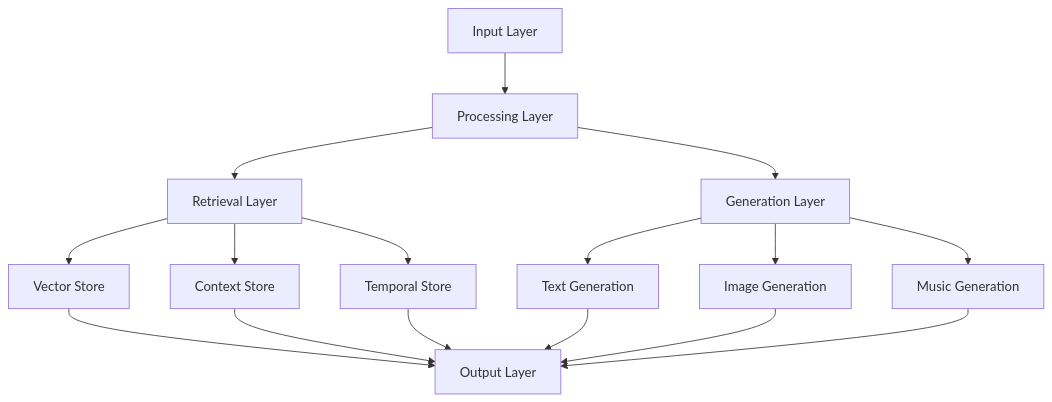
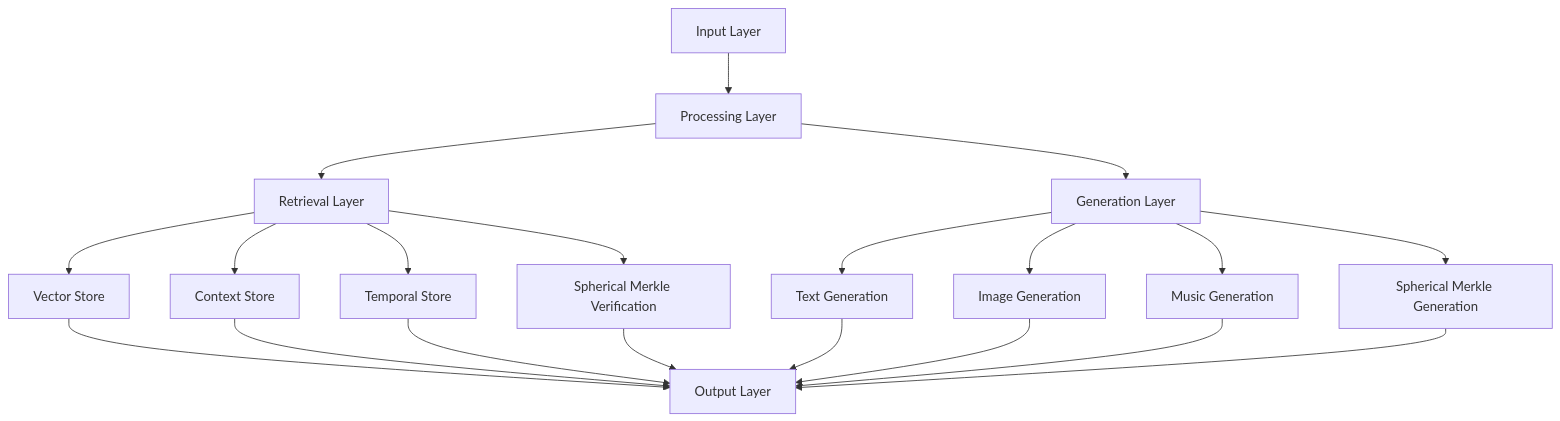
The second of 2 diagrams in docs/3. the machine system/memorativa-3-8-enhanced-llm-integration.md (heavyblotto/memorativa), drawn with Mermaid before and after one commit. The commit also changed other lines of this file and 71 other files, not shown here.

````diff
--- a/docs/3. the machine system/memorativa-3-8-enhanced-llm-integration.md
+++ b/docs/3. the machine system/memorativa-3-8-enhanced-llm-integration.md
@@ -325,22 +710,26 @@
 ```mermaid
 graph TD
     I[Input Layer] --> P[Processing Layer]
     P --> R[Retrieval Layer]
     P --> G[Generation Layer]
     
     R --> V[Vector Store]
     R --> C[Context Store]
     R --> T[Temporal Store]
+    R --> SMV[Spherical Merkle Verification]
     
     G --> TG[Text Generation]
     G --> IG[Image Generation]
     G --> MG[Music Generation]
+    G --> SMMV[Spherical Merkle Generation]
     
     V --> O[Output Layer]
     C --> O
     T --> O
+    SMV --> O
     
     TG --> O
     IG --> O
     MG --> O
+    SMMV --> O
 ```
````
